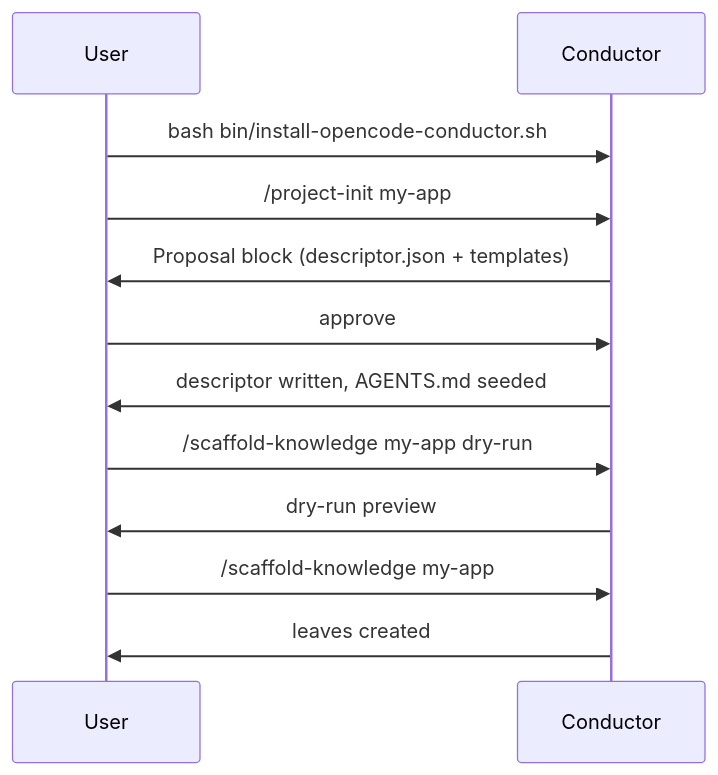
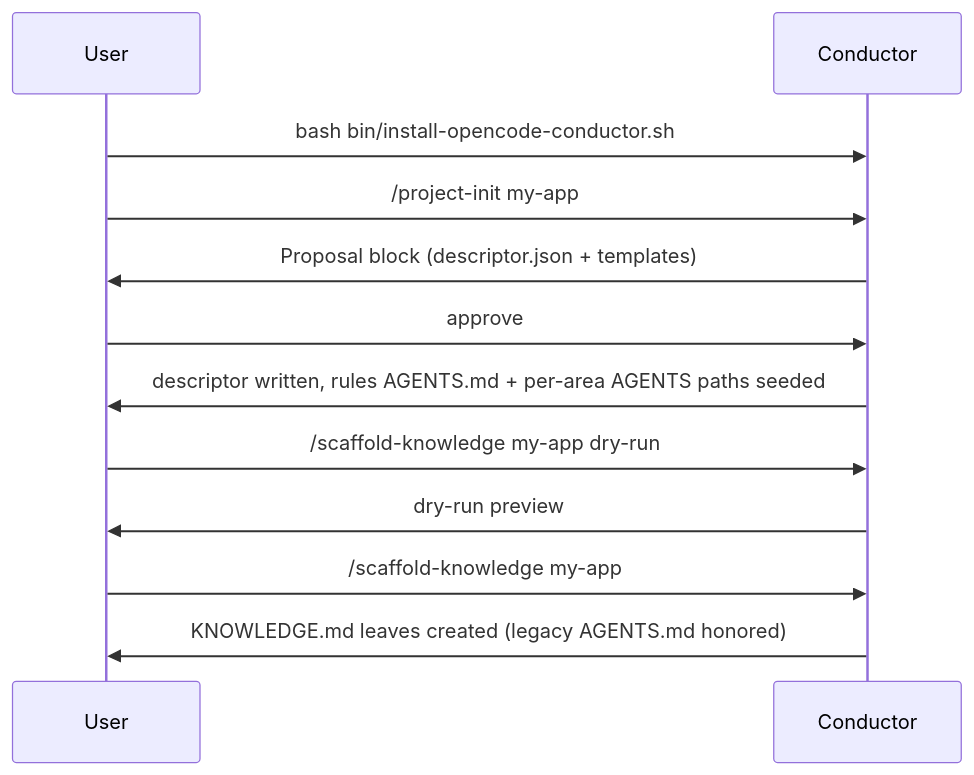
Before and after one commit to palaeologic/opencode-conductor: the first of 4 diagrams in docusaurus/workflows/scenarios.md, drawn with Mermaid. The commit also changed other lines of this file and 32 other files, not shown here.

First line of the commit message:
refactor: KNOWLEDGE.md as leaf canonical name, add areaKnowledgePath, fix hallucinated features

````diff
--- a/docusaurus/workflows/scenarios.md
+++ b/docusaurus/workflows/scenarios.md
@@ -12,14 +12,14 @@
 ```mermaid
 sequenceDiagram
   participant User
   participant Cmd as Conductor
   User->>Cmd: bash bin/install-opencode-conductor.sh
   User->>Cmd: /project-init my-app
   Cmd->>User: Proposal block (descriptor.json + templates)
   User->>Cmd: approve
-  Cmd->>User: descriptor written, AGENTS.md seeded
+  Cmd->>User: descriptor written, rules AGENTS.md + per-area AGENTS paths seeded
   User->>Cmd: /scaffold-knowledge my-app dry-run
   Cmd->>User: dry-run preview
   User->>Cmd: /scaffold-knowledge my-app
-  Cmd->>User: leaves created
+  Cmd->>User: KNOWLEDGE.md leaves created (legacy AGENTS.md honored)
 ```
````
